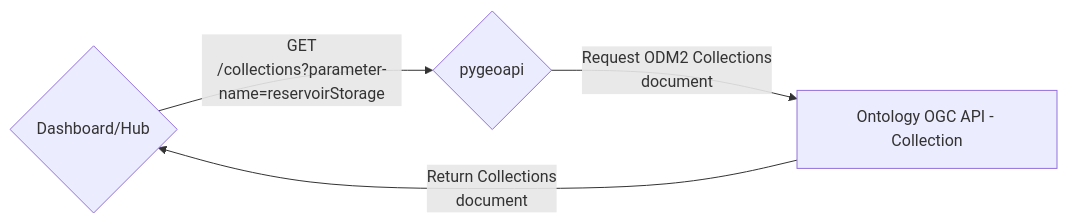
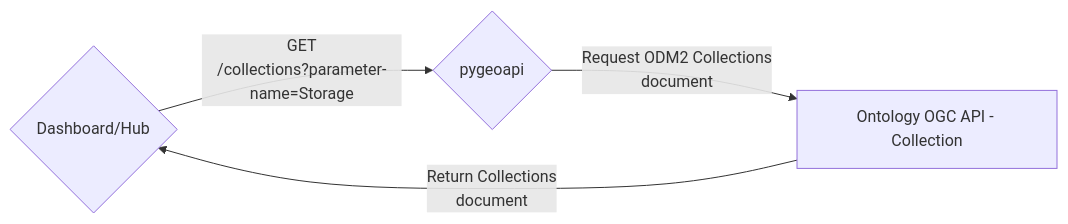
One commit to internetofwater/Western-Water-Datahub changed the first of 4 diagrams in docs/ontology.md. Above: the diagram before and after it, drawn with Mermaid. The commit also changed other lines of this file and 2 other files, not shown here.

````diff
--- a/docs/ontology.md
+++ b/docs/ontology.md
@@ -18,8 +18,8 @@
 ```mermaid
 flowchart LR
     I{Dashboard/Hub}
     P{pygeoapi}
     A[Ontology OGC API - Collection]
 
-    I -- GET<br>/collections?parameter-name=reservoirStorage --> P -- Request ODM2 Collections<br>document --> A -- Return Collections<br>document --> I
+    I -- GET<br>/collections?parameter-name=Storage --> P -- Request ODM2 Collections<br>document --> A -- Return Collections<br>document --> I
 ```
````
